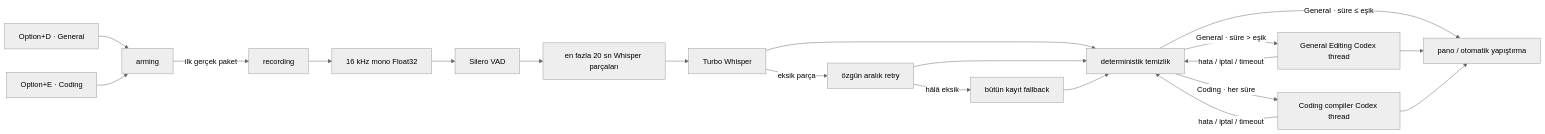
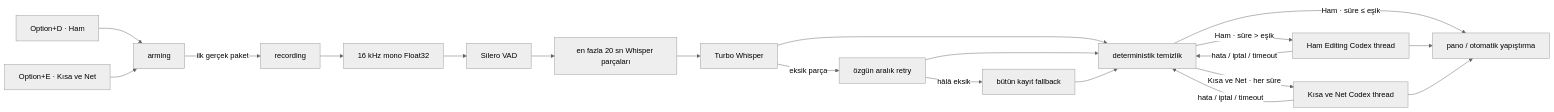
One commit to Turkerdeniz/dikte-native changed the diagram in docs/ARCHITECTURE.md. Above: the diagram before and after it, drawn with Mermaid (neutral theme). The commit also changed other lines of this file and 16 other files, not shown here.

First line of the commit message:
feat: replace coding prompt compiler with Kısa ve Net distiller

````diff
--- a/docs/ARCHITECTURE.md
+++ b/docs/ARCHITECTURE.md
@@ -16,22 +16,22 @@
 ```mermaid
 flowchart LR
-    A[Option+D · General] --> B[arming]
-    A2[Option+E · Coding] --> B
+    A[Option+D · Ham] --> B[arming]
+    A2[Option+E · Kısa ve Net] --> B
     B -->|ilk gerçek paket| C[recording]
     C --> D[16 kHz mono Float32]
     D --> E[Silero VAD]
     E --> F[en fazla 20 sn Whisper parçaları]
     F --> G[Turbo Whisper]
     G -->|eksik parça| H[özgün aralık retry]
     H -->|hâlâ eksik| I[bütün kayıt fallback]
     G --> J[deterministik temizlik]
     H --> J
     I --> J
-    J -->|General · süre ≤ eşik| K[pano / otomatik yapıştırma]
-    J -->|General · süre > eşik| L[General Editing Codex thread]
-    J -->|Coding · her süre| L2[Coding compiler Codex thread]
+    J -->|Ham · süre ≤ eşik| K[pano / otomatik yapıştırma]
+    J -->|Ham · süre > eşik| L[Ham Editing Codex thread]
+    J -->|Kısa ve Net · her süre| L2[Kısa ve Net Codex thread]
     L --> K
     L2 --> K
     L -->|hata / iptal / timeout| J
     L2 -->|hata / iptal / timeout| J
 ```
````
